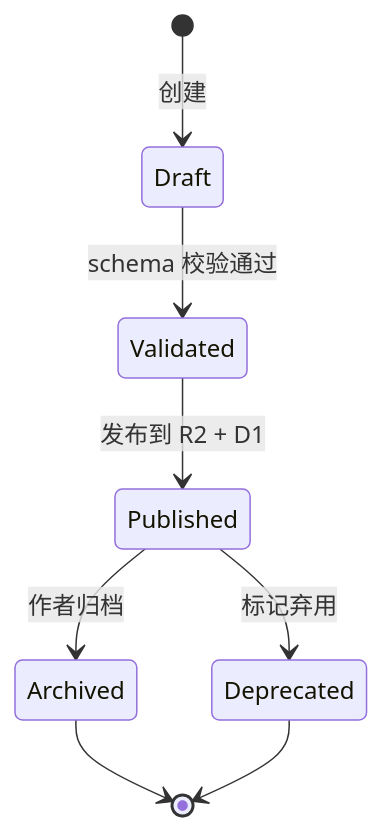
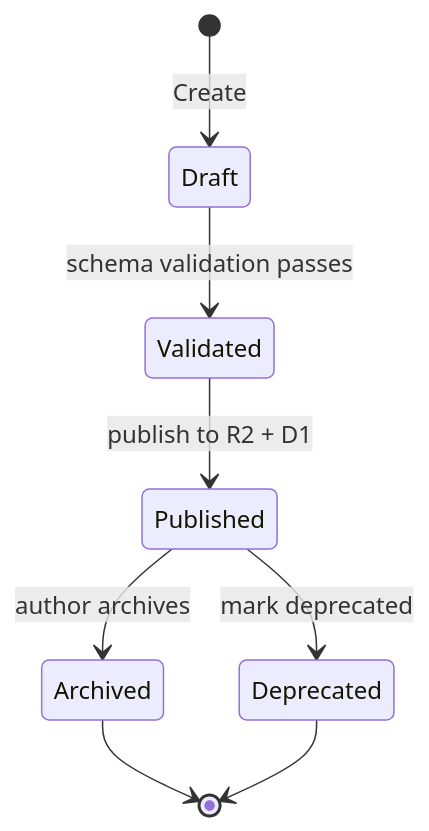
Before and after one commit to ZedeX/nova-invest: the second of 2 diagrams in docs/prd/epic/08_Playbook_System.md, drawn with Mermaid. The commit also changed other lines of this file and 42 other files, not shown here.

````diff
--- a/docs/prd/epic/08_Playbook_System.md
+++ b/docs/prd/epic/08_Playbook_System.md
@@ -327,10 +327,10 @@
 ```mermaid
 stateDiagram-v2
-    [*] --> Draft: 创建
-    Draft --> Validated: schema 校验通过
-    Validated --> Published: 发布到 R2 + D1
-    Published --> Archived: 作者归档
-    Published --> Deprecated: 标记弃用
+    [*] --> Draft: Create
+    Draft --> Validated: schema validation passes
+    Validated --> Published: publish to R2 + D1
+    Published --> Archived: author archives
+    Published --> Deprecated: mark deprecated
     Archived --> [*]
     Deprecated --> [*]
 ```
````
